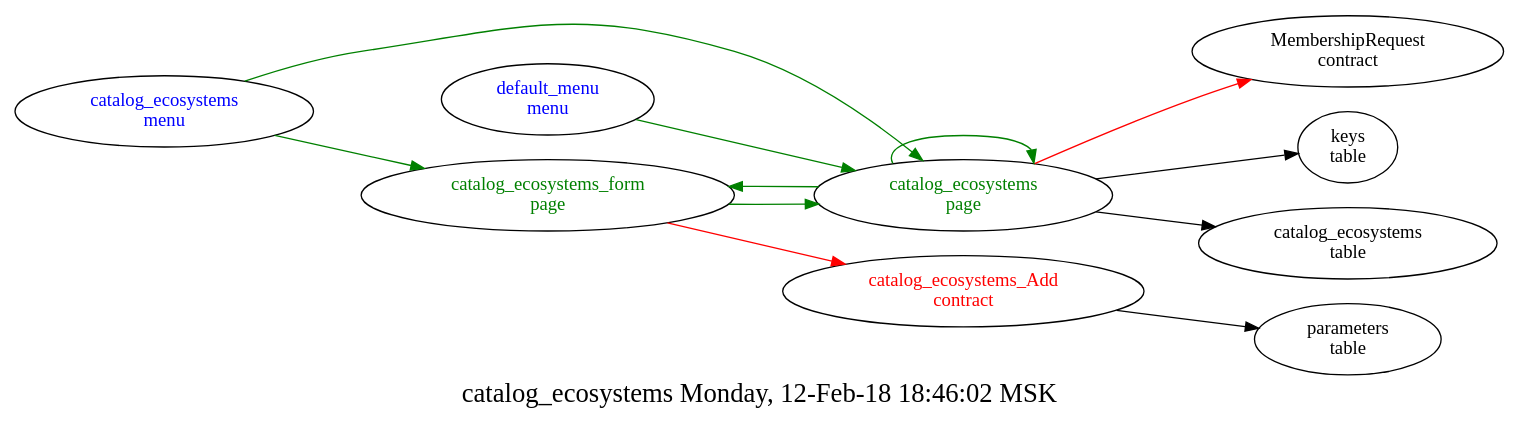
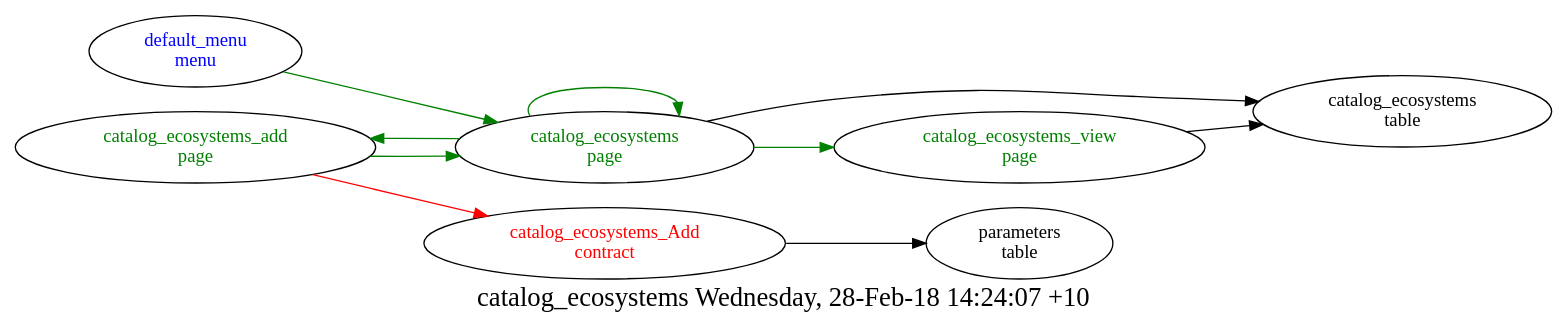
The diagram in src/catalog_ecosystems/struct.dot (AplaProject/apps), drawn with Graphviz before and after one commit. The commit also changed 17 other files, not shown here.

Commit message:
Catalog ecosystems

```diff
--- a/src/catalog_ecosystems/struct.dot
+++ b/src/catalog_ecosystems/struct.dot
@@ -1,22 +1,19 @@
 digraph G {
 fontsize="20.0";
-label="catalog_ecosystems Monday, 12-Feb-18 18:46:02 MSK";
+label="catalog_ecosystems Wednesday, 28-Feb-18 14:24:07 +10";
 rankdir=LR;
 "catalog_ecosystems_Add\ncontract" -> "parameters\ntable"
 "catalog_ecosystems_Add\ncontract" [fontcolor=red, group=contracts];
-"catalog_ecosystems\nmenu" -> "catalog_ecosystems\npage"  [ color=green ]
-"catalog_ecosystems\nmenu" -> "catalog_ecosystems_form\npage"  [ color=green ]
-"catalog_ecosystems\nmenu" [fontcolor=blue, group=menus];
 "default_menu\nmenu" -> "catalog_ecosystems\npage"  [ color=green ]
 "default_menu\nmenu" [fontcolor=blue, group=menus];
-"catalog_ecosystems\npage" -> "MembershipRequest\ncontract"  [ color=red ]
-"catalog_ecosystems\npage" -> "keys\ntable"
 "catalog_ecosystems\npage" -> "catalog_ecosystems\ntable"
 "catalog_ecosystems\npage" -> "catalog_ecosystems\npage"  [ color=green ]
-"catalog_ecosystems\npage" -> "catalog_ecosystems_form\npage"  [ color=green ]
+"catalog_ecosystems\npage" -> "catalog_ecosystems_view\npage"  [ color=green ]
+"catalog_ecosystems\npage" -> "catalog_ecosystems_add\npage"  [ color=green ]
 "catalog_ecosystems\npage" [fontcolor=green, group=pages];
-"catalog_ecosystems_form\npage" -> "catalog_ecosystems_Add\ncontract"  [ color=red ]
-"catalog_ecosystems_form\npage" -> "catalog_ecosystems\npage"  [ color=green ]
-"catalog_ecosystems_form\npage" [fontcolor=green, group=pages];
-"catalog_ecosystems\ntable" [group=tables];
+"catalog_ecosystems_add\npage" -> "catalog_ecosystems_Add\ncontract"  [ color=red ]
+"catalog_ecosystems_add\npage" -> "catalog_ecosystems\npage"  [ color=green ]
+"catalog_ecosystems_add\npage" [fontcolor=green, group=pages];
+"catalog_ecosystems_view\npage" -> "catalog_ecosystems\ntable"
+"catalog_ecosystems_view\npage" [fontcolor=green, group=pages];
 }
```
